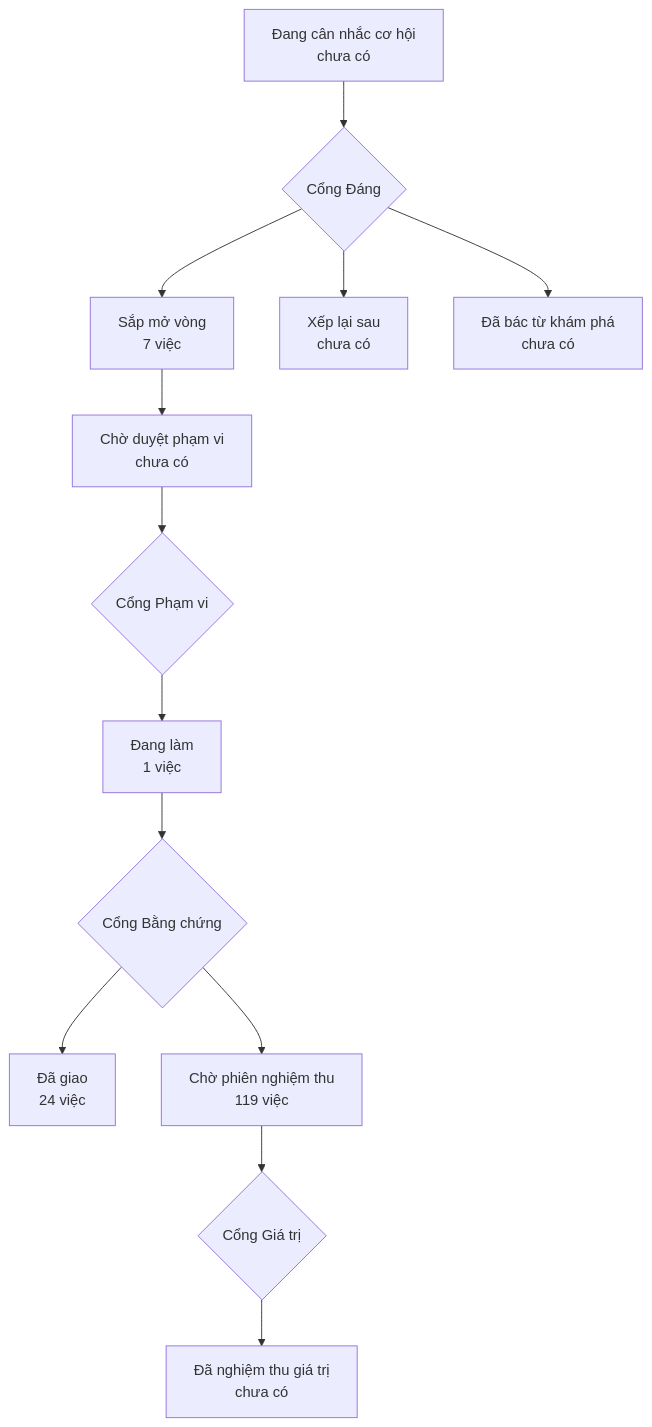
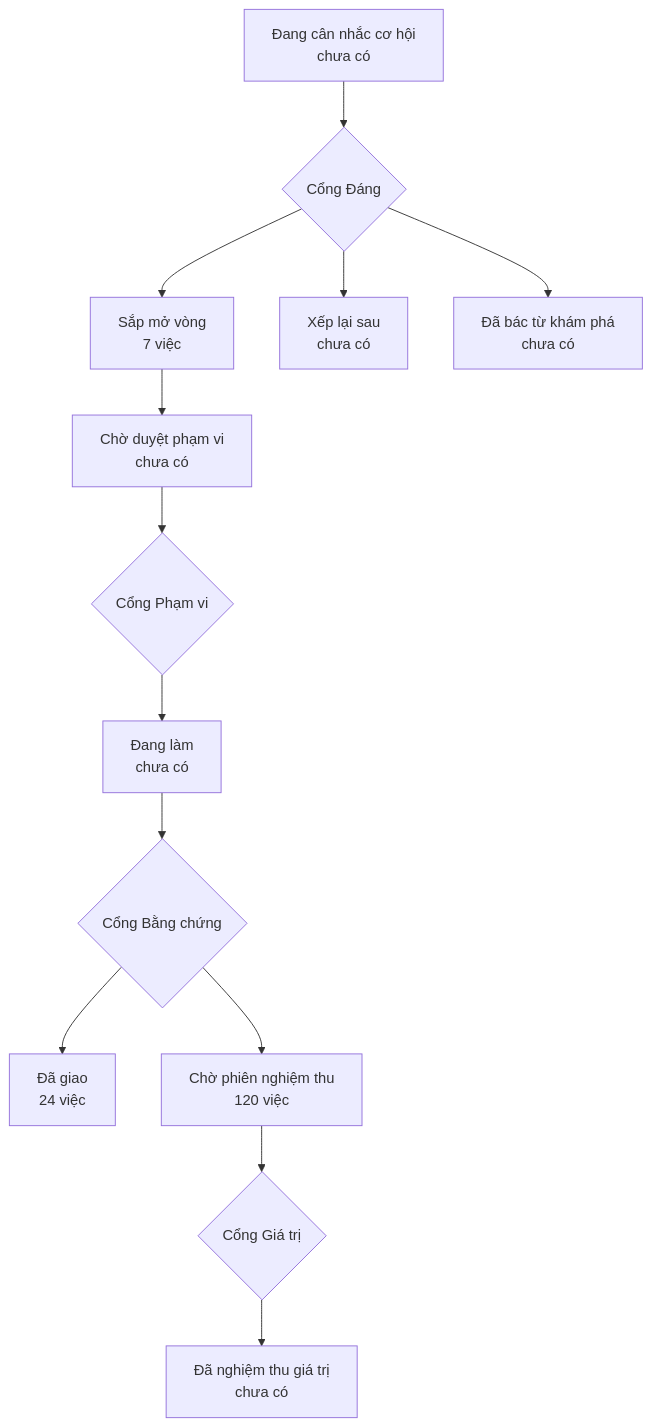
The diagram in PRODUCT-MAP.md (phanlemanh/onehub-quy-hang), drawn with Mermaid before and after one commit. The commit also changed other lines of this file and 6 other files, not shown here.

````diff
--- a/PRODUCT-MAP.md
+++ b/PRODUCT-MAP.md
@@ -7,12 +7,12 @@
 ```mermaid
 flowchart TD
   A["Đang cân nhắc cơ hội<br/>chưa có"] --> GD{"Cổng Đáng"}
   GD --> B["Sắp mở vòng<br/>7 việc"]
   GD --> XL["Xếp lại sau<br/>chưa có"]
   GD --> DB["Đã bác từ khám phá<br/>chưa có"]
   B --> CD["Chờ duyệt phạm vi<br/>chưa có"] --> GP{"Cổng Phạm vi"}
-  GP --> DL["Đang làm<br/>1 việc"] --> GB{"Cổng Bằng chứng"}
+  GP --> DL["Đang làm<br/>chưa có"] --> GB{"Cổng Bằng chứng"}
   GB --> DG["Đã giao<br/>24 việc"]
-  GB --> CN["Chờ phiên nghiệm thu<br/>119 việc"] --> GG{"Cổng Giá trị"}
+  GB --> CN["Chờ phiên nghiệm thu<br/>120 việc"] --> GG{"Cổng Giá trị"}
   GG --> NT["Đã nghiệm thu giá trị<br/>chưa có"]
 ```
````
